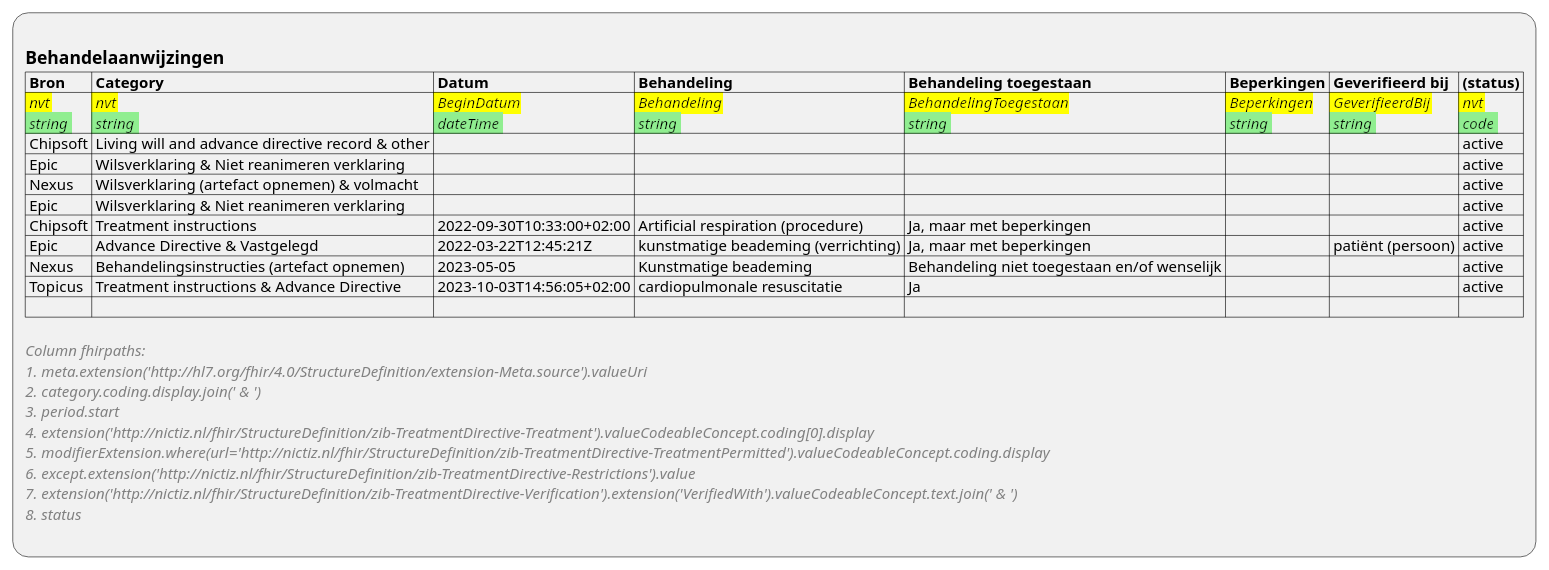
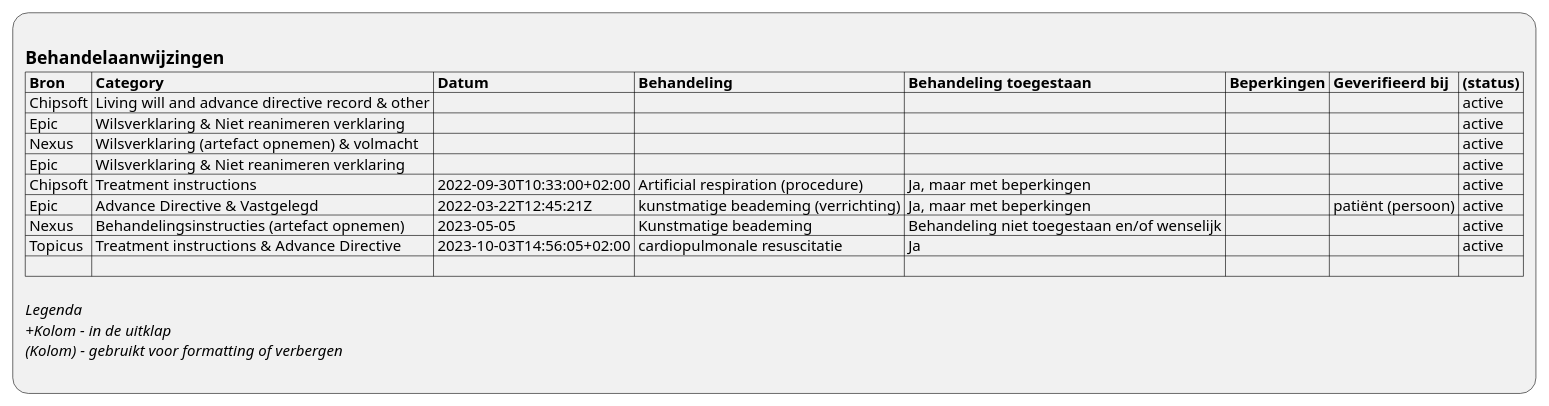
Before and after one commit to RIVO-Noord/zorgviewer-ig: the diagram in input/images-source/ViewDefinition-Behandelaanwijzingen.plantuml, drawn with PlantUML. The commit also changed 35 other files, not shown here.

```diff
--- a/input/images-source/ViewDefinition-Behandelaanwijzingen.plantuml
+++ b/input/images-source/ViewDefinition-Behandelaanwijzingen.plantuml
@@ -1,26 +1,19 @@
 @startuml ViewDefinition-Behandelaanwijzingen
 :
 == Behandelaanwijzingen
 |= Bron |= Category |= Datum |= Behandeling |= Behandeling toegestaan |= Beperkingen |= Geverifieerd bij |= (status) |
-|<back:yellow> //nvt//\n<back:lightgreen> //string// |<back:yellow> //nvt//\n<back:lightgreen> //string// |<back:yellow> //BeginDatum//\n<back:lightgreen> //dateTime// |<back:yellow> //Behandeling//\n<back:lightgreen> //string// |<back:yellow> //BehandelingToegestaan//\n<back:lightgreen> //string// |<back:yellow> //Beperkingen//\n<back:lightgreen> //string// |<back:yellow> //GeverifieerdBij//\n<back:lightgreen> //string// |<back:yellow> //nvt//\n<back:lightgreen> //code// |
 | Chipsoft | Living will and advance directive record & other |  |  |  |  |  | active |
 | Epic | Wilsverklaring & Niet reanimeren verklaring |  |  |  |  |  | active |
 | Nexus | Wilsverklaring (artefact opnemen) & volmacht |  |  |  |  |  | active |
 | Epic | Wilsverklaring & Niet reanimeren verklaring |  |  |  |  |  | active |
 | Chipsoft | Treatment instructions | 2022-09-30T10:33:00+02:00 | Artificial respiration (procedure) | Ja, maar met beperkingen |  |  | active |
 | Epic | Advance Directive & Vastgelegd | 2022-03-22T12:45:21Z | kunstmatige beademing (verrichting) | Ja, maar met beperkingen |  | patiënt (persoon) | active |
 | Nexus | Behandelingsinstructies (artefact opnemen) | 2023-05-05 | Kunstmatige beademing | Behandeling niet toegestaan en/of wenselijk |  |  | active |
 | Topicus | Treatment instructions & Advance Directive | 2023-10-03T14:56:05+02:00 | cardiopulmonale resuscitatie | Ja |  |  | active |
 | |
 
-<color:gray>//Column fhirpaths://
-<color:gray>//1. meta.extension('http:~//hl7.org/fhir/4.0/StructureDefinition/extension-Meta.source').valueUri//
-<color:gray>//2. category.coding.display.join(' & ')//
-<color:gray>//3. period.start//
-<color:gray>//4. extension('http:~//nictiz.nl/fhir/StructureDefinition/zib-TreatmentDirective-Treatment').valueCodeableConcept.coding[0].display//
-<color:gray>//5. modifierExtension.where(url='http:~//nictiz.nl/fhir/StructureDefinition/zib-TreatmentDirective-TreatmentPermitted').valueCodeableConcept.coding.display//
-<color:gray>//6. except.extension('http:~//nictiz.nl/fhir/StructureDefinition/zib-TreatmentDirective-Restrictions').value//
-<color:gray>//7. extension('http:~//nictiz.nl/fhir/StructureDefinition/zib-TreatmentDirective-Verification').extension('VerifiedWith').valueCodeableConcept.text.join(' & ')//
-<color:gray>//8. status//
+//Legenda//
+//+Kolom - in de uitklap//
+//(Kolom) - gebruikt voor formatting of verbergen//
 ;
 @enduml
```
